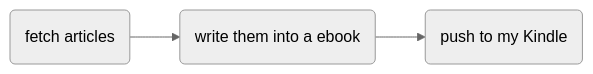
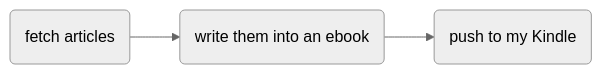
One commit to erlzhang/erl.im changed the first of 2 diagrams in _posts/2018-08-25-kindlepush-en.md. Above: the diagram before and after it, drawn with Mermaid (neutral theme). The commit also changed other lines of this file, not shown here.

````diff
--- a/_posts/2018-08-25-kindlepush-en.md
+++ b/_posts/2018-08-25-kindlepush-en.md
@@ -19,5 +21,5 @@
 ```mermaid
 graph LR;
-  id1(fetch articles)-->id2(write them into a ebook);
-  id2(write them into a ebook)-->id3(push to my Kindle);
+  id1(fetch articles)-->id2(write them into an ebook);
+  id2(write them into an ebook)-->id3(push to my Kindle);
 ```
````
